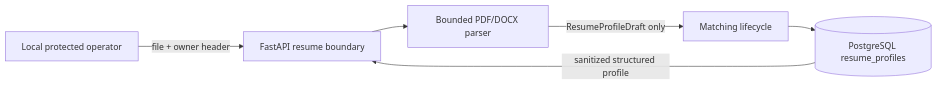
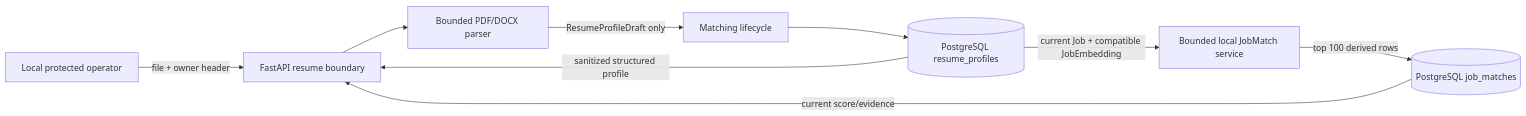
Before and after one commit to HPhucTV/DevRadar: the fifth of 5 diagrams in docs/ARCHITECTURE.md, drawn with Mermaid. The commit also changed other lines of this file and 10 other files, not shown here.

Commit message:
feat: expose owner scoped job matches

````diff
--- a/docs/ARCHITECTURE.md
+++ b/docs/ARCHITECTURE.md
@@ -126,8 +126,11 @@
 ```mermaid
 flowchart LR
     U["Local protected operator"] -->|"file + owner header"| API["FastAPI resume boundary"]
     API --> P["Bounded PDF/DOCX parser"]
     P -->|"ResumeProfileDraft only"| M["Matching lifecycle"]
     M --> DB[("PostgreSQL resume_profiles")]
     DB -->|"sanitized structured profile"| API
+    DB -->|"current Job + compatible JobEmbedding"| X["Bounded local JobMatch service"]
+    X -->|"top 100 derived rows"| JM[("PostgreSQL job_matches")]
+    JM -->|"current score/evidence"| API
 ```
````
